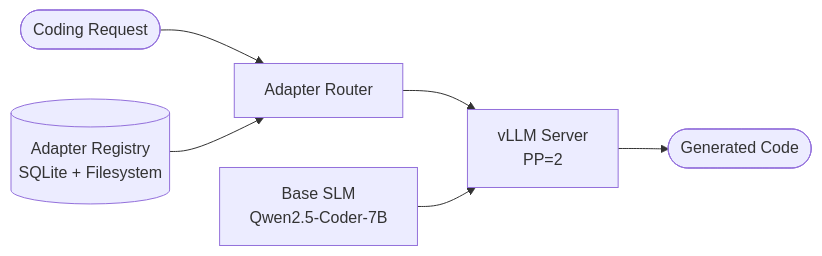
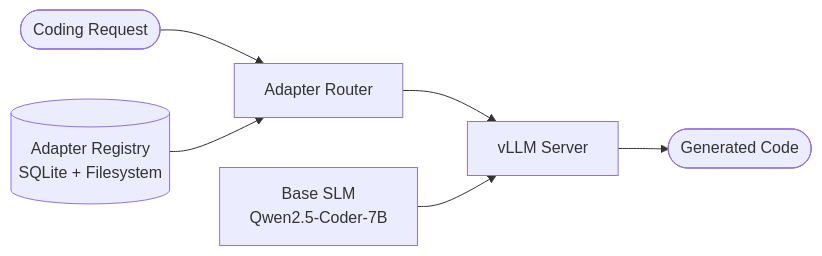
One commit to ElixirTrials/rune changed the third of 3 diagrams in README.md. Above: the diagram before and after it, drawn with Mermaid. The commit also changed other lines of this file and 8 other files, not shown here.

````diff
--- a/README.md
+++ b/README.md
@@ -100,8 +100,8 @@
 ```mermaid
 flowchart LR
     Request([Coding Request]) --> Router[Adapter Router]
     Registry[(Adapter Registry\nSQLite + Filesystem)] --> Router
-    Router --> Server[vLLM Server\nPP=2]
+    Router --> Server[vLLM Server]
     BaseModel[Base SLM\nQwen2.5-Coder-7B] --> Server
     Server --> Response([Generated Code])
 ```
````
